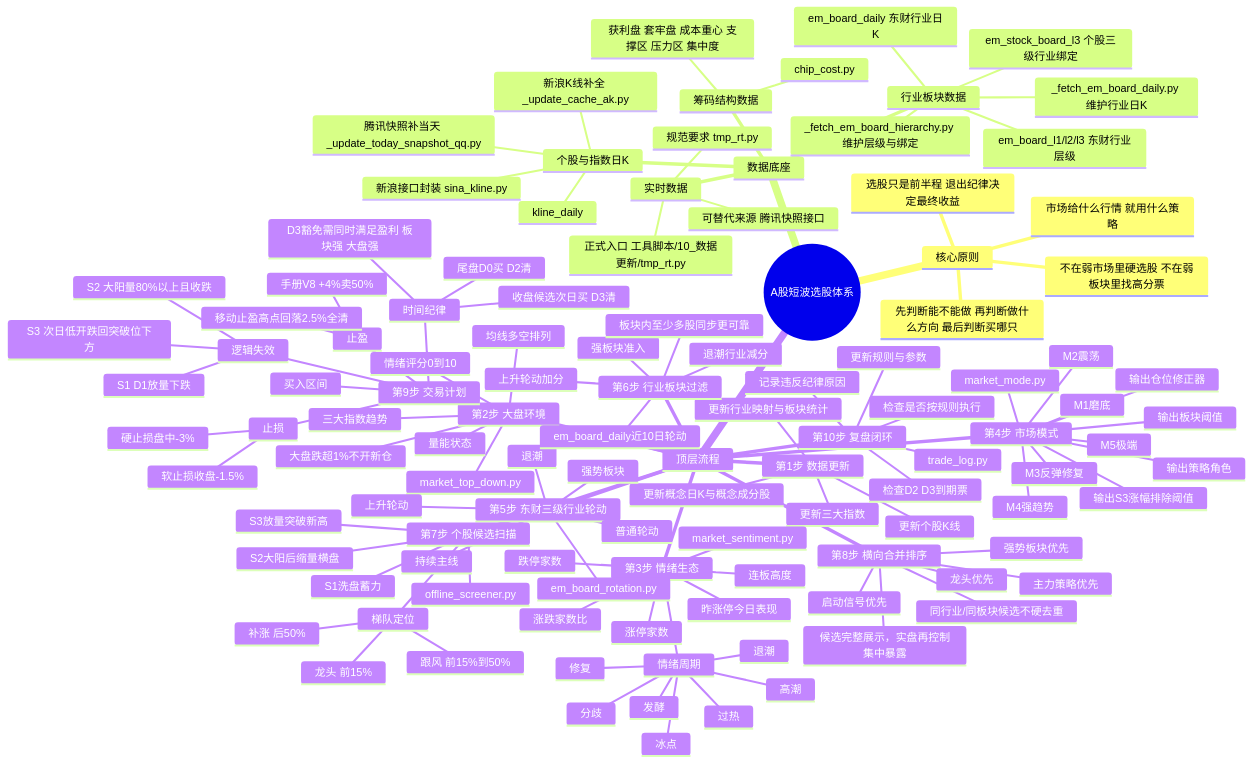
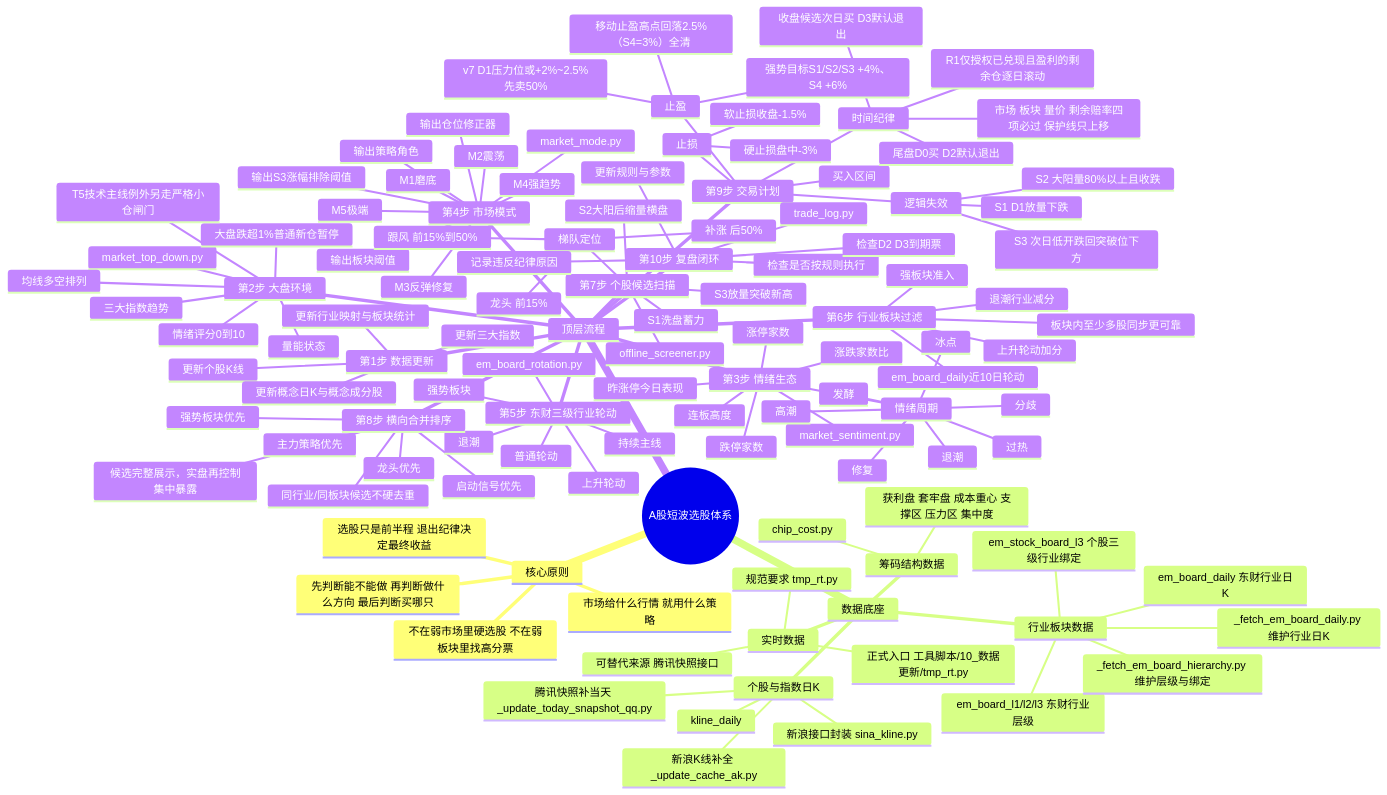
Before and after one commit to SHUA-Ming/loose4: the diagram in 交易体系/选股整体逻辑思维导图.md, drawn with Mermaid. The commit also changed other lines of this file and 32 other files, not shown here.

```diff
--- a/交易体系/选股整体逻辑思维导图.md
+++ b/交易体系/选股整体逻辑思维导图.md
@@ -48,7 +48,8 @@
         均线多空排列
         量能状态
         情绪评分0到10
-        大盘跌超1%不开新仓
+        大盘跌超1%普通新仓暂停
+        T5技术主线例外另走严格小仓闸门
       第3步 情绪生态
         market_sentiment.py
         涨停家数
@@ -107,8 +108,9 @@
       第9步 交易计划
         买入区间
         止盈
-          手册V8 +4%卖50%
-          移动止盈高点回落2.5%全清
+          v7 D1压力位或+2%~2.5%先卖50%
+          强势目标S1/S2/S3 +4%、S4 +6%
+          移动止盈高点回落2.5%（S4=3%）全清
         止损
           硬止损盘中-3%
           软止损收盘-1.5%
@@ -117,9 +119,10 @@
           S2 大阳量80%以上且收跌
           S3 次日低开跌回突破位下方
         时间纪律
-          尾盘D0买 D2清
-          收盘候选次日买 D3清
-          D3豁免需同时满足盈利 板块强 大盘强
+          尾盘D0买 D2默认退出
+          收盘候选次日买 D3默认退出
+          R1仅授权已兑现且盈利的剩余仓逐日滚动
+          市场 板块 量价 剩余赔率四项必过 保护线只上移
       第10步 复盘闭环
         trade_log.py
         检查是否按规则执行
```
